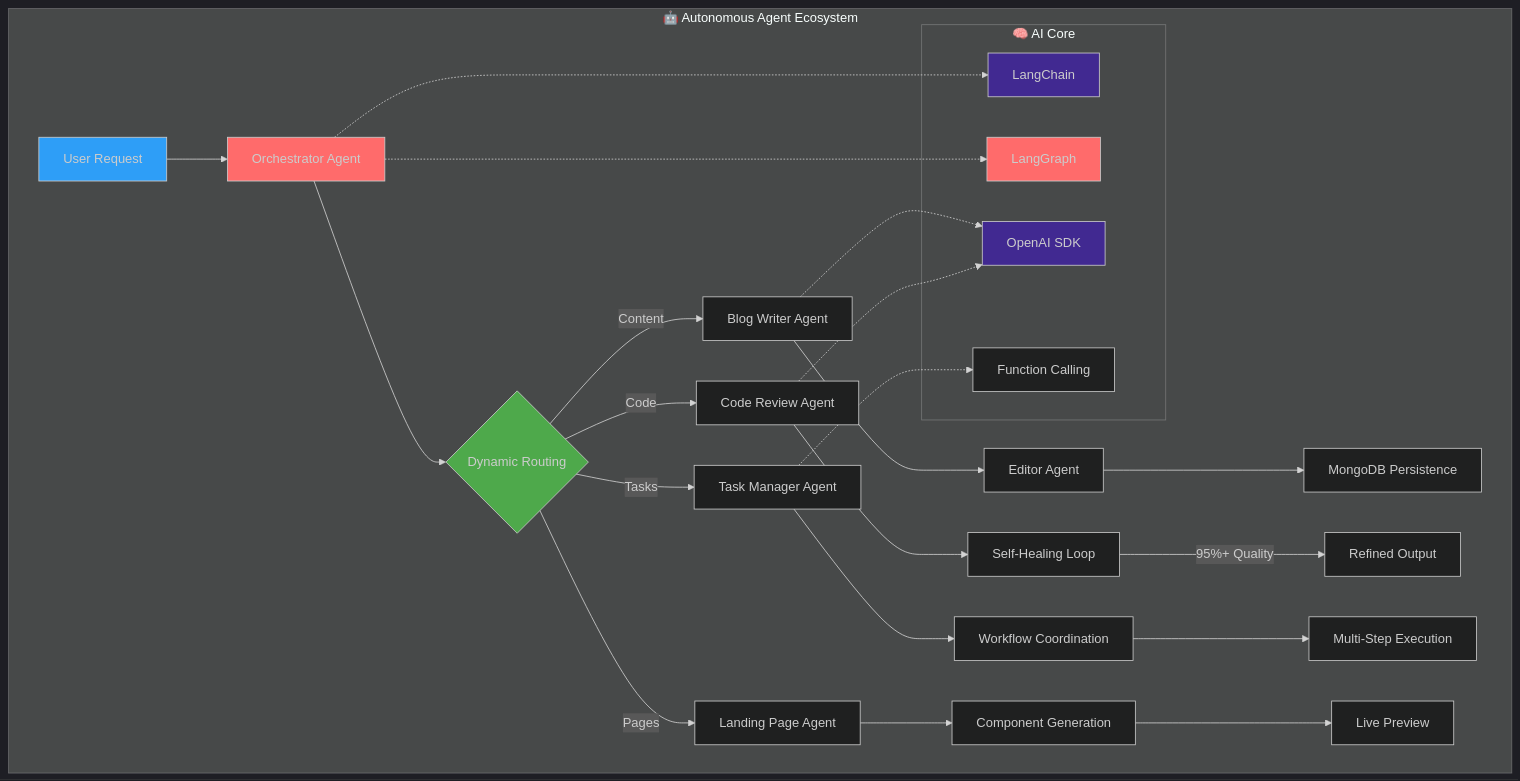
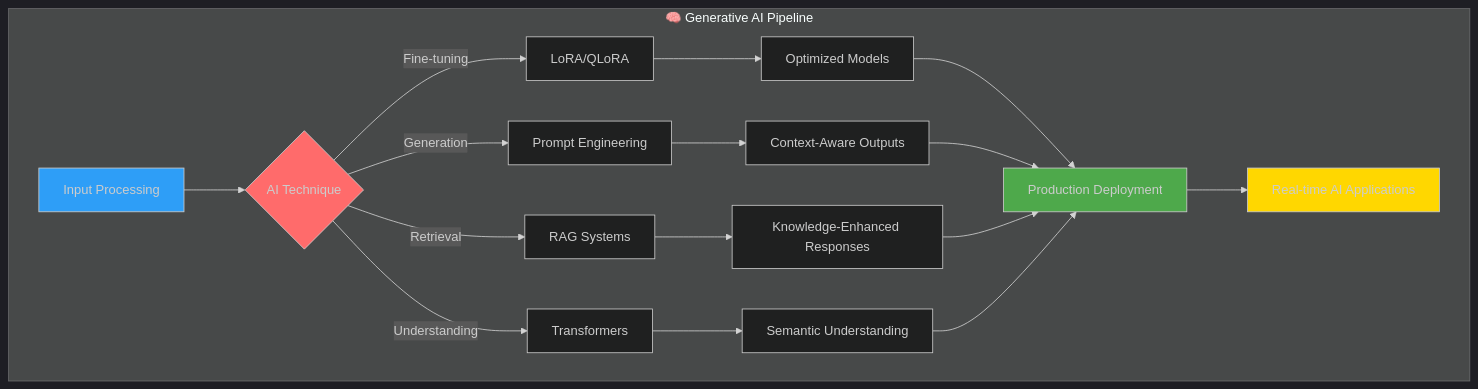
One commit to suyashagrahari/suyashagrahari changed the first of 3 diagrams in README.md. Above: the diagram before and after it, drawn with Mermaid. The commit also changed other lines of this file, not shown here.

````diff
--- a/README.md
+++ b/README.md
@@ -424,45 +201,29 @@
 ```mermaid
 %%{init: {'theme':'dark'}}%%
 graph TB
-    subgraph "🤖 Autonomous Agent Ecosystem"
-        A[User Request] --> B[Orchestrator Agent]
-        B --> C{Dynamic Routing}
+    subgraph "🧠 Generative AI Pipeline"
+        A[Input Processing] --> B{AI Technique}
         
-        C -->|Content| D[Blog Writer Agent]
-        C -->|Code| E[Code Review Agent]
-        C -->|Tasks| F[Task Manager Agent]
-        C -->|Pages| G[Landing Page Agent]
+        B -->|Fine-tuning| C[LoRA/QLoRA]
+        B -->|Generation| D[Prompt Engineering]
+        B -->|Retrieval| E[RAG Systems]
+        B -->|Understanding| F[Transformers]
         
-        D --> H[Editor Agent]
-        H --> I[MongoDB Persistence]
+        C --> G[Optimized Models]
+        D --> H[Context-Aware Outputs]
+        E --> I[Knowledge-Enhanced Responses]
+        F --> J[Semantic Understanding]
         
-        E --> J[Self-Healing Loop]
-        J -->|95%+ Quality| K[Refined Output]
+        G --> K[Production Deployment]
+        H --> K
+        I --> K
+        J --> K
         
-        F --> L[Workflow Coordination]
-        L --> M[Multi-Step Execution]
-        
-        G --> N[Component Generation]
-        N --> O[Live Preview]
-        
-        subgraph "🧠 AI Core"
-            P[LangChain]
-            Q[LangGraph]
-            R[OpenAI SDK]
-            S[Function Calling]
-        end
-        
-        B -.-> P
-        B -.-> Q
-        D -.-> R
-        E -.-> R
-        F -.-> S
+        K --> L[Real-time AI Applications]
     end
     
     style A fill:#2E9EF7
     style B fill:#FF6B6B
-    style C fill:#4EA94B
-    style P fill:#412991
-    style Q fill:#FF6B6B
-    style R fill:#412991
+    style K fill:#4EA94B
+    style L fill:#FFD700
 ```
````
